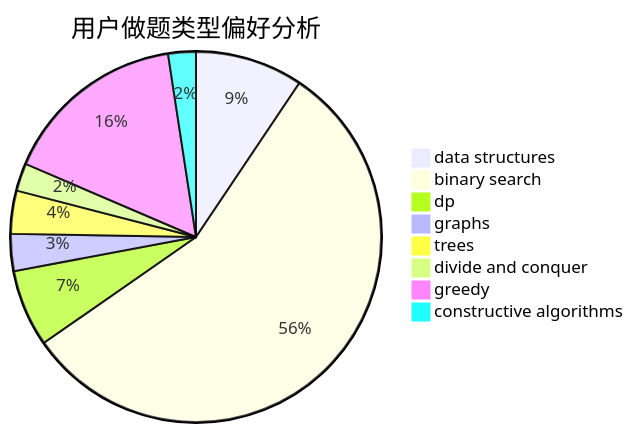
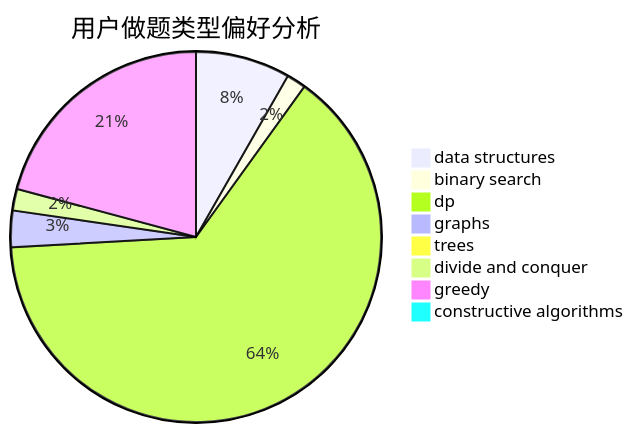
The second of 3 diagrams in docs/user/u2732.md (sherpahu/cfrs.github.io), drawn with Mermaid before and after one commit. The commit also changed other lines of this file and 2770 other files, not shown here.

````diff
--- a/docs/user/u2732.md
+++ b/docs/user/u2732.md
@@ -23,11 +23,11 @@
 ```mermaid
 pie title 用户做题类型偏好分析
-    "data structures" :  35
-    "binary search" :  208
-    "dp" :  25
-    "graphs" :  12
-    "trees" :  14
-    "divide and conquer" :  9
-    "greedy" :  60
-    "constructive algorithms" :  9
+    "data structures" :  44
+    "binary search" :  9
+    "dp" :  342
+    "graphs" :  17
+    "trees" :  0
+    "divide and conquer" :  10
+    "greedy" :  111
+    "constructive algorithms" :  4
 ```
````
